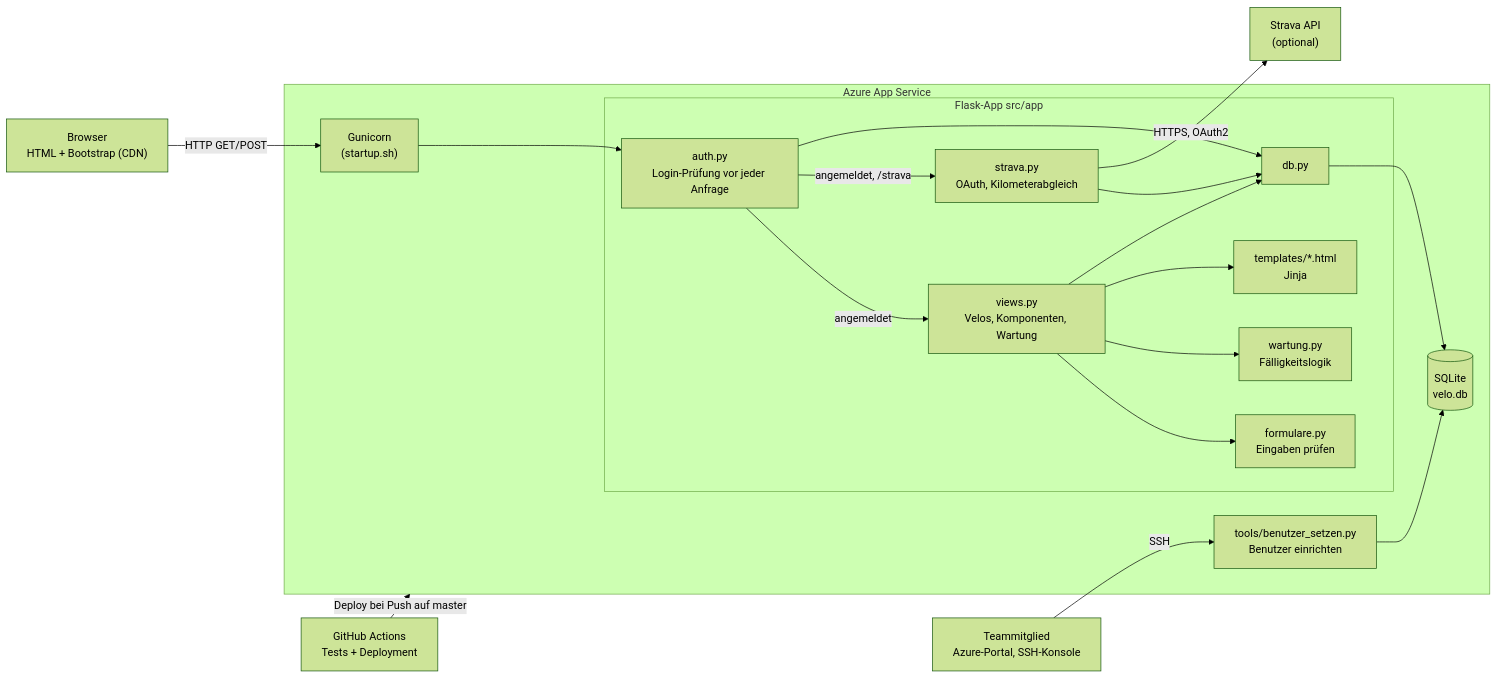
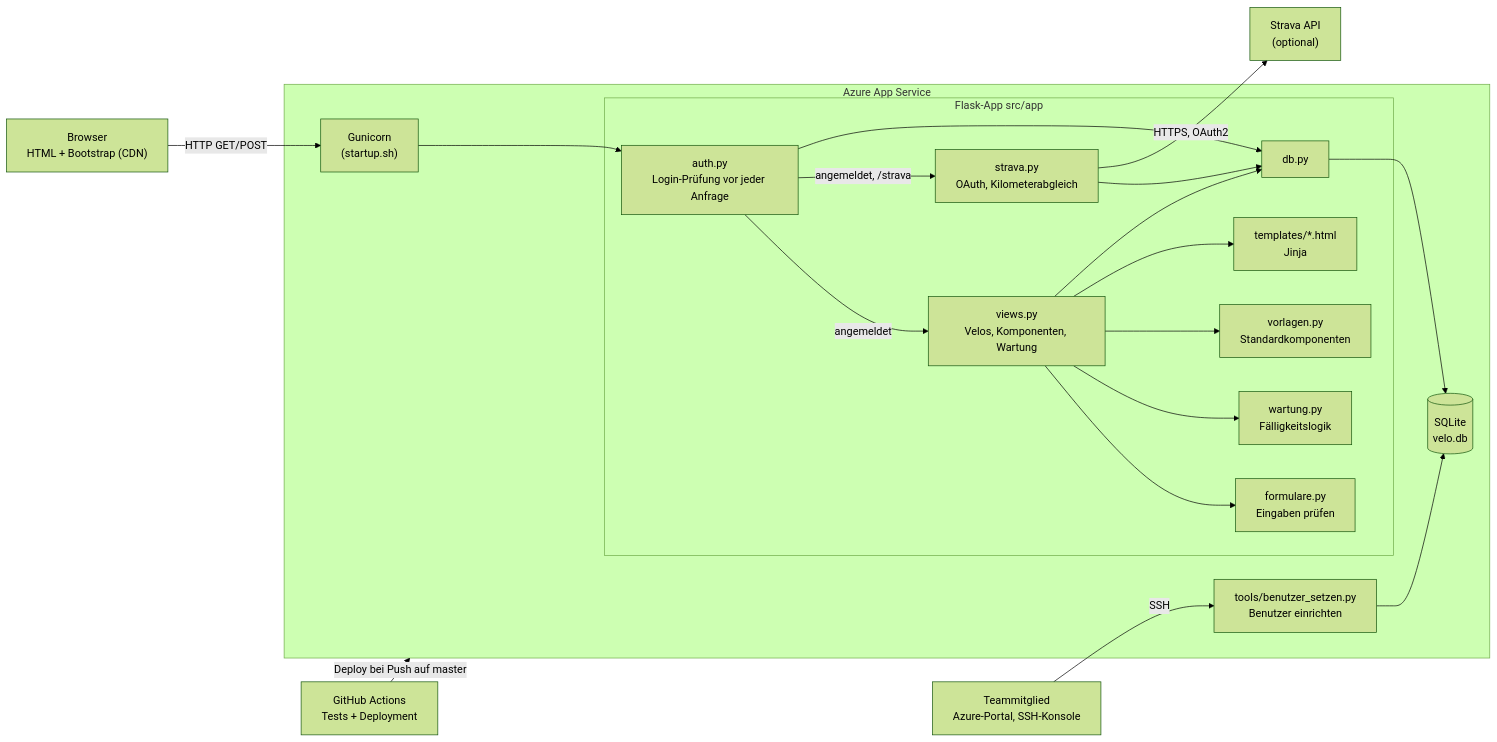
One commit to GNUEK/py_webapp_bern changed the first of 5 diagrams in docs/architektur.md. Above: the diagram before and after it, drawn with Mermaid (forest theme). The commit also changed other lines of this file and 18 other files, not shown here.

````diff
--- a/docs/architektur.md
+++ b/docs/architektur.md
@@ -5,37 +5,39 @@
 ```mermaid
 flowchart LR
     Browser["Browser<br/>HTML + Bootstrap (CDN)"]
 
     subgraph Azure["Azure App Service"]
         Gunicorn["Gunicorn<br/>(startup.sh)"]
         subgraph Flask["Flask-App src/app"]
             Auth["auth.py<br/>Login-Prüfung vor jeder Anfrage"]
             Views["views.py<br/>Velos, Komponenten, Wartung"]
             StravaMod["strava.py<br/>OAuth, Kilometerabgleich"]
             Formulare["formulare.py<br/>Eingaben prüfen"]
             Wartung["wartung.py<br/>Fälligkeitslogik"]
+            Vorlagen["vorlagen.py<br/>Standardkomponenten"]
             Templates["templates/*.html<br/>Jinja"]
             DB["db.py"]
         end
         SQLite[("SQLite<br/>velo.db")]
         Skript["tools/benutzer_setzen.py<br/>Benutzer einrichten"]
     end
 
     Strava["Strava API<br/>(optional)"]
     GitHub["GitHub Actions<br/>Tests + Deployment"]
     Admin["Teammitglied<br/>Azure-Portal, SSH-Konsole"]
 
     Browser -- "HTTP GET/POST" --> Gunicorn --> Auth
     Auth -- "angemeldet" --> Views
     Auth -- "angemeldet, /strava" --> StravaMod
     Auth --> DB
     Views --> Formulare
     Views --> Wartung
+    Views --> Vorlagen
     Views --> Templates
     Views --> DB
     StravaMod --> DB
     StravaMod -- "HTTPS, OAuth2" --> Strava
     DB --> SQLite
     Admin -- "SSH" --> Skript --> SQLite
     GitHub -- "Deploy bei Push auf master" --> Azure
 ```
````
